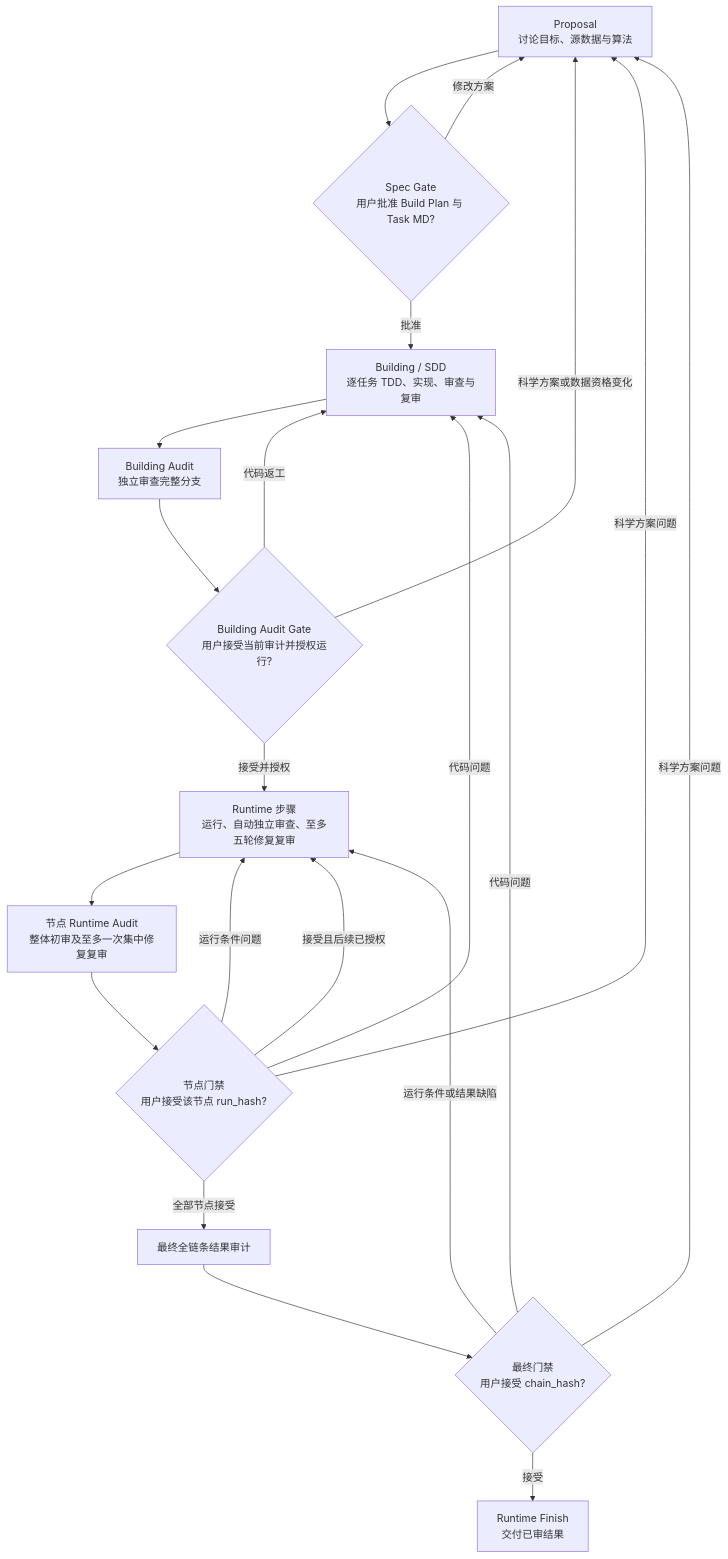
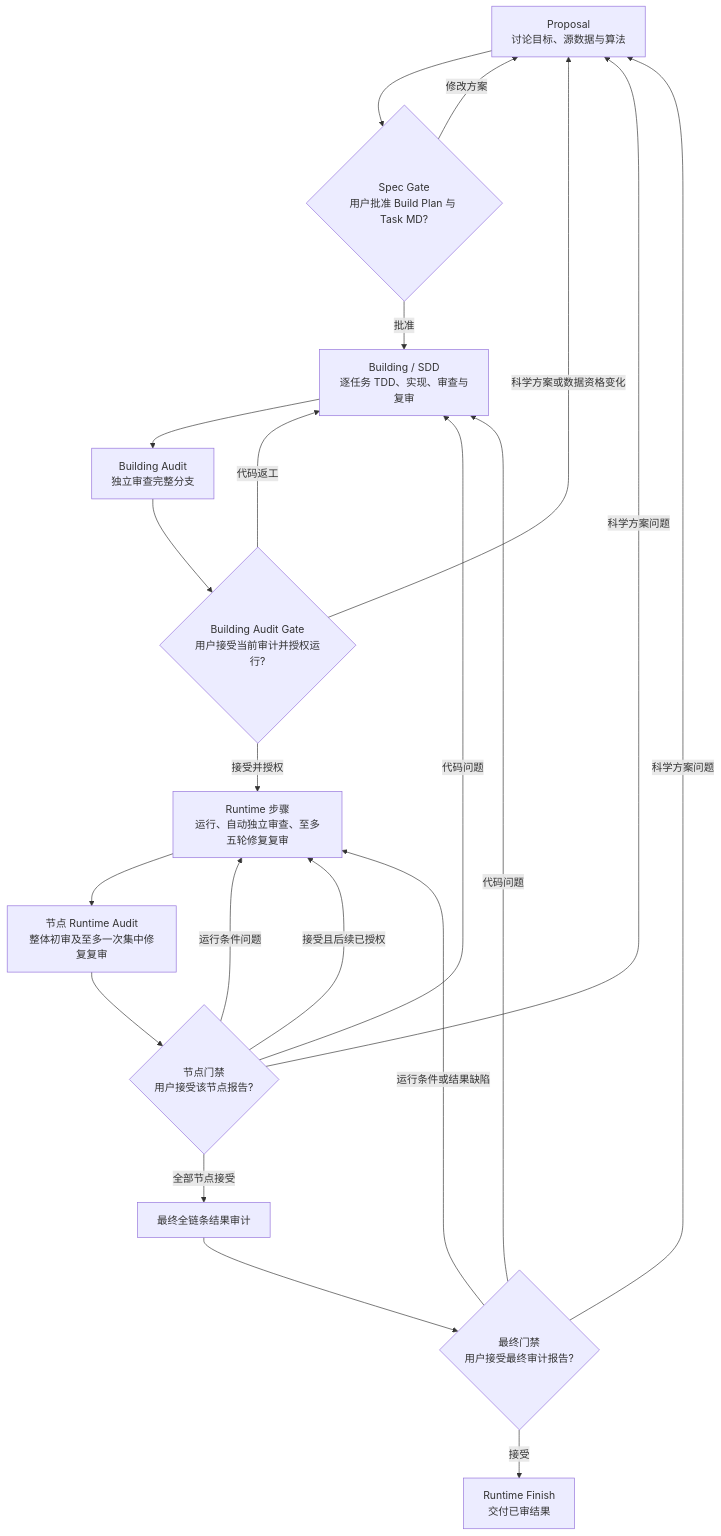
Before and after one commit to houhoudehenduohhh/scientific-analysis-superpower: the diagram in README.md, drawn with Mermaid. The commit also changed 16 other files, not shown here.

````diff
--- a/README.md
+++ b/README.md
@@ -9,23 +9,23 @@
 ```mermaid
 flowchart TD
     P[Proposal<br/>讨论目标、源数据与算法] --> SG{Spec Gate<br/>用户批准 Build Plan 与 Task MD?}
     SG -- 修改方案 --> P
     SG -- 批准 --> B[Building / SDD<br/>逐任务 TDD、实现、审查与复审]
     B --> BA[Building Audit<br/>独立审查完整分支]
     BA --> BAG{Building Audit Gate<br/>用户接受当前审计并授权运行?}
     BAG -- 科学方案或数据资格变化 --> P
     BAG -- 代码返工 --> B
     BAG -- 接受并授权 --> R[Runtime 步骤<br/>运行、自动独立审查、至多五轮修复复审]
     R --> RA[节点 Runtime Audit<br/>整体初审及至多一次集中修复复审]
-    RA --> RAG{节点门禁<br/>用户接受该节点 run_hash?}
+    RA --> RAG{节点门禁<br/>用户接受该节点报告?}
     RAG -- 运行条件问题 --> R
     RAG -- 代码问题 --> B
     RAG -- 科学方案问题 --> P
     RAG -- 接受且后续已授权 --> R
     RAG -- 全部节点接受 --> FA[最终全链条结果审计]
-    FA --> FAG{最终门禁<br/>用户接受 chain_hash?}
+    FA --> FAG{最终门禁<br/>用户接受最终审计报告?}
     FAG -- 运行条件或结果缺陷 --> R
     FAG -- 代码问题 --> B
     FAG -- 科学方案问题 --> P
     FAG -- 接受 --> F[Runtime Finish<br/>交付已审结果]
 ```
````
